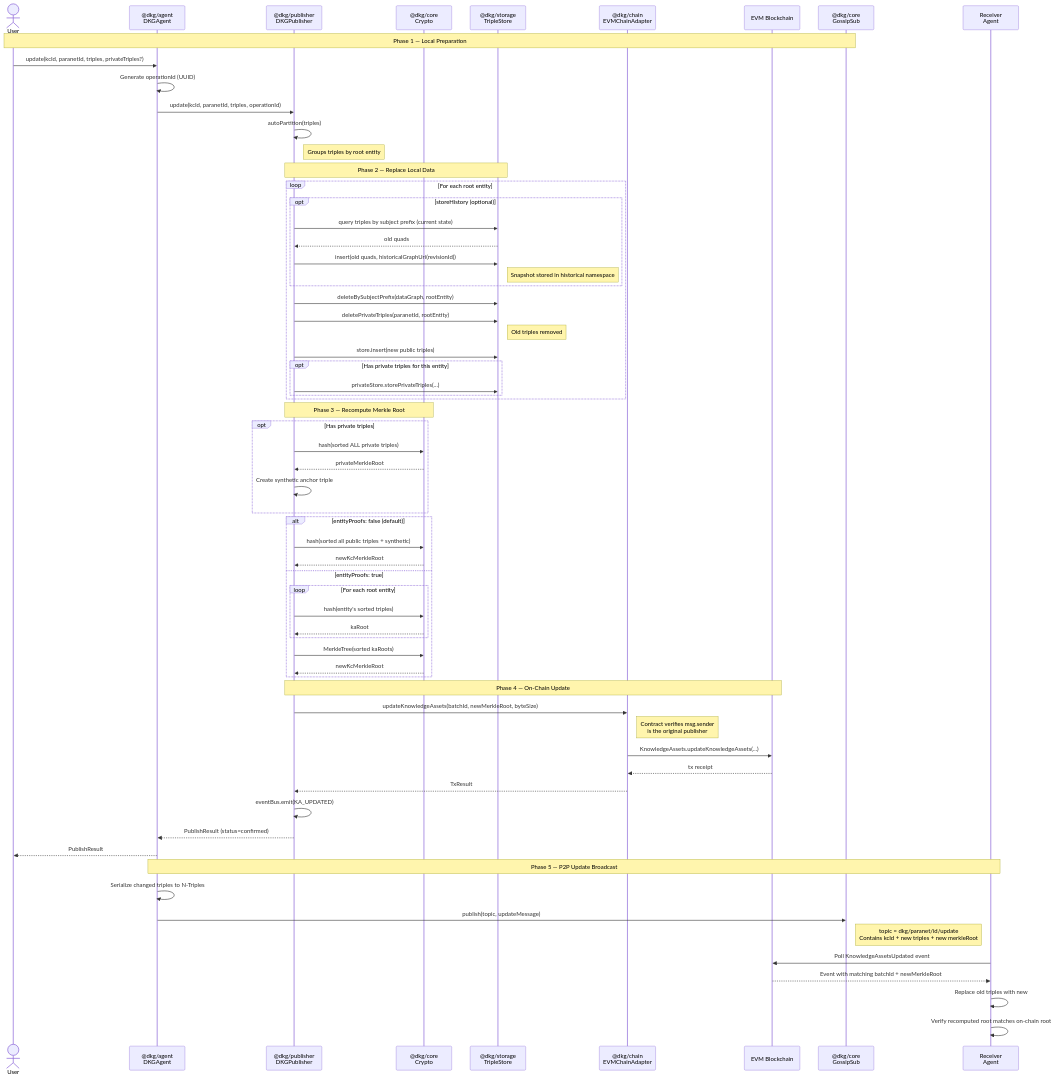
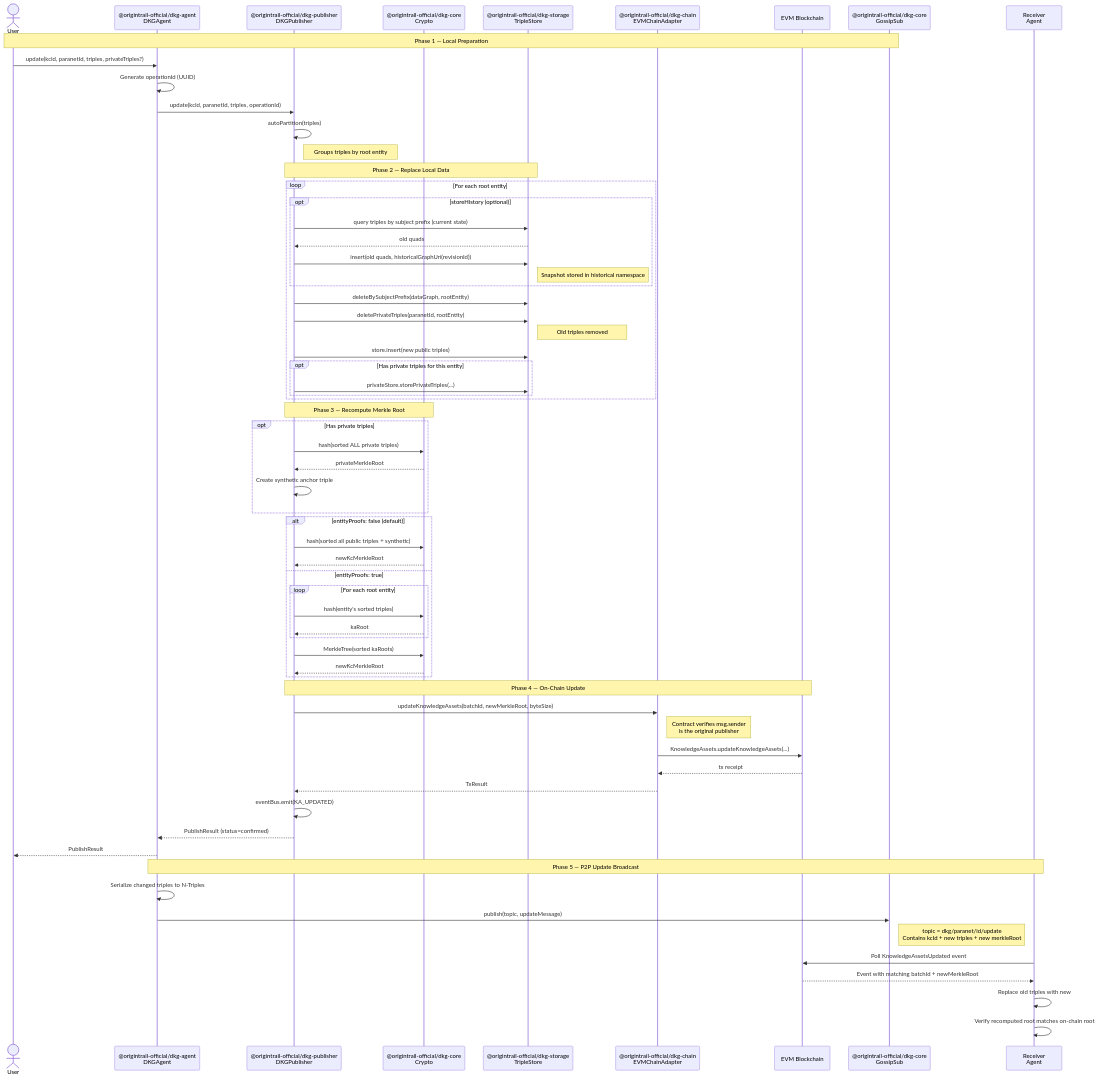
Before and after one commit to OriginTrail/dkg-v9: the diagram in docs/diagrams/update-flow.md, drawn with Mermaid. The commit also changed 170 other files, not shown here.

First line of the commit message:
feat: rename packages to @origintrail-official scope and prepare npm publishing

```diff
--- a/docs/diagrams/update-flow.md
+++ b/docs/diagrams/update-flow.md
@@ -29,13 +29,13 @@
 sequenceDiagram
     actor User
 
-    participant Agent as @dkg/agent<br/>DKGAgent
-    participant Publisher as @dkg/publisher<br/>DKGPublisher
-    participant Crypto as @dkg/core<br/>Crypto
-    participant Store as @dkg/storage<br/>TripleStore
-    participant Chain as @dkg/chain<br/>EVMChainAdapter
+    participant Agent as @origintrail-official/dkg-agent<br/>DKGAgent
+    participant Publisher as @origintrail-official/dkg-publisher<br/>DKGPublisher
+    participant Crypto as @origintrail-official/dkg-core<br/>Crypto
+    participant Store as @origintrail-official/dkg-storage<br/>TripleStore
+    participant Chain as @origintrail-official/dkg-chain<br/>EVMChainAdapter
     participant EVM as EVM Blockchain
-    participant Gossip as @dkg/core<br/>GossipSub
+    participant Gossip as @origintrail-official/dkg-core<br/>GossipSub
     participant RcvAgent as Receiver<br/>Agent
 
     Note over User,Gossip: Phase 1 — Local Preparation
```
